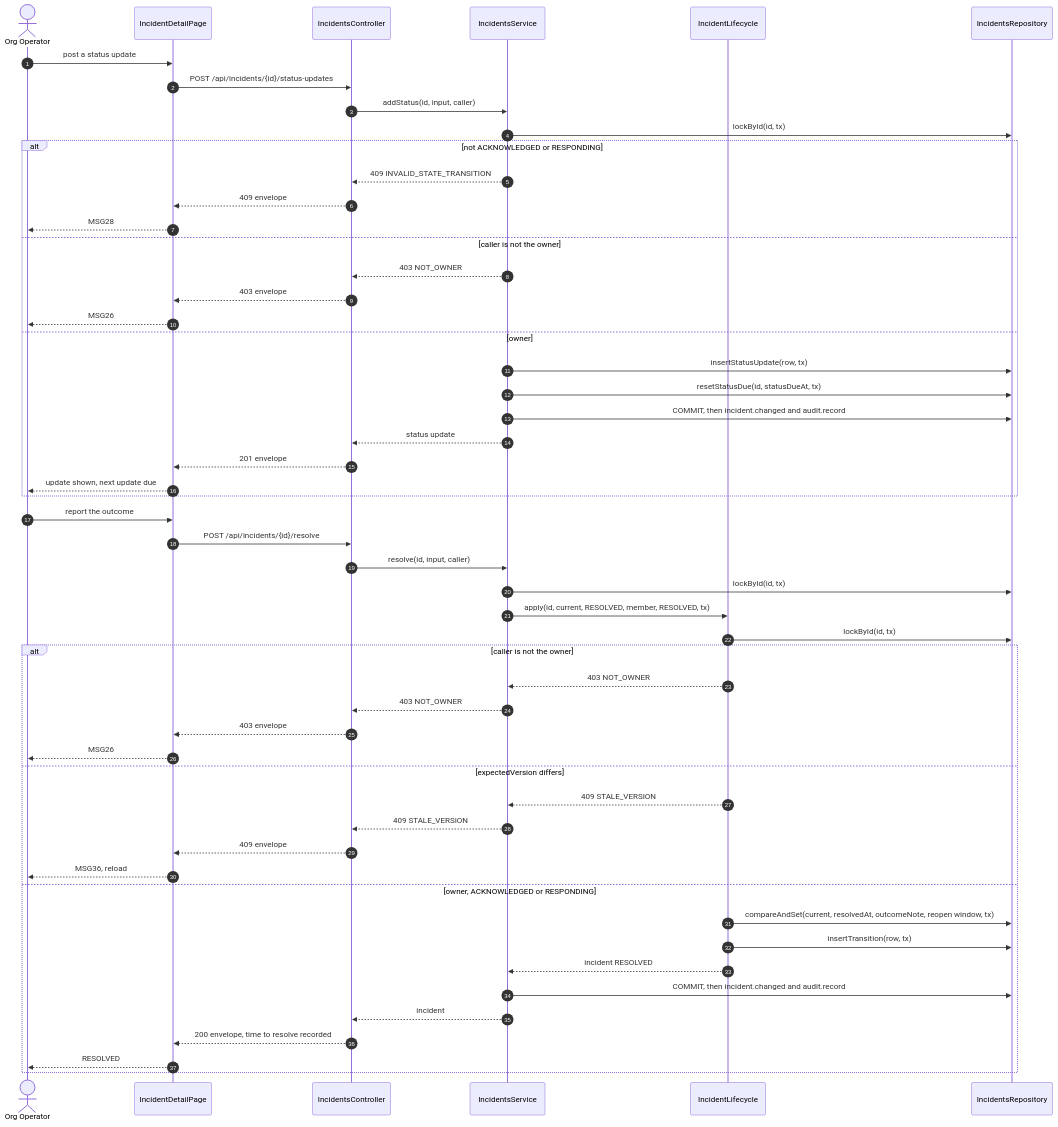
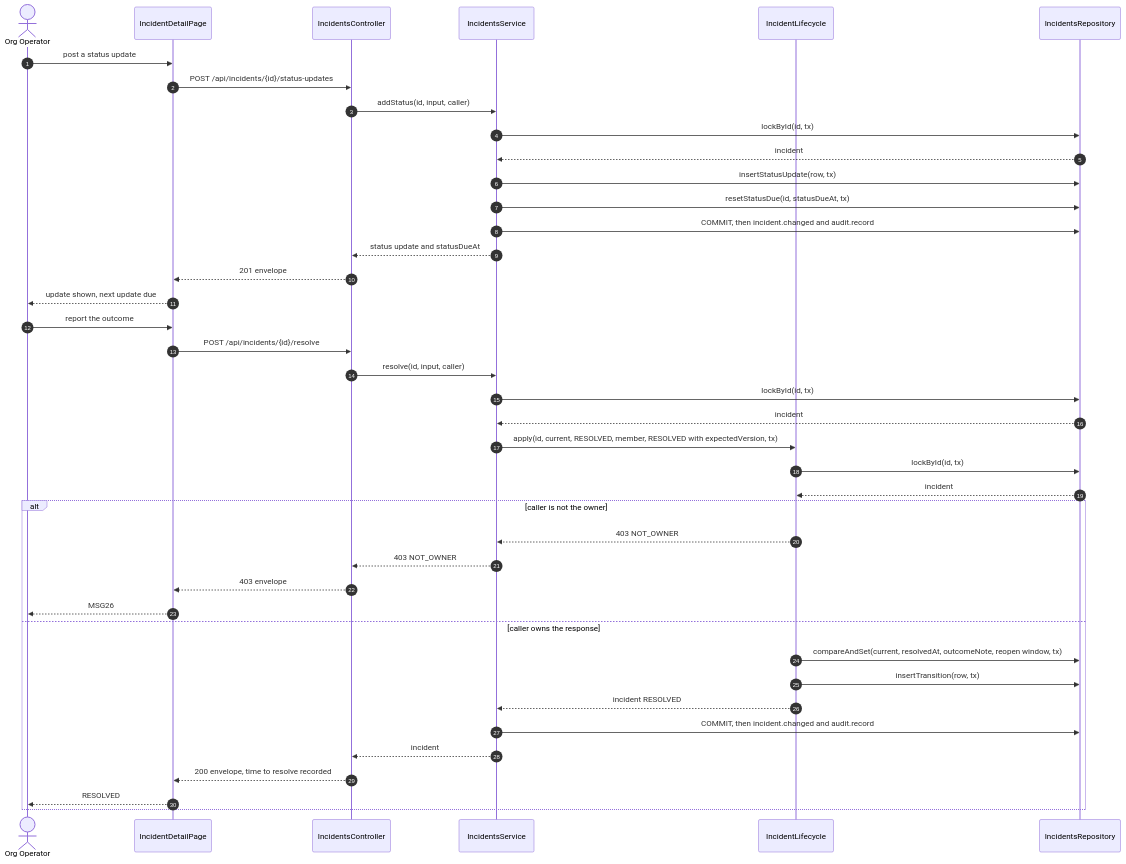
Before and after one commit to TrekLink-Team/treklink-web: the ninth of 10 diagrams in specs/incidents/design.md, drawn with Mermaid. The commit also changed other lines of this file and 8 other files, not shown here.

First line of the commit message:
docs: draw one alt per incidents sequence again

````diff
--- a/specs/incidents/design.md
+++ b/specs/incidents/design.md
@@ -546,55 +521,43 @@
 ```mermaid
 sequenceDiagram
     autonumber
     actor Op as Org Operator
     participant P as IncidentDetailPage
     participant C as IncidentsController
     participant S as IncidentsService
     participant L as IncidentLifecycle
     participant R as IncidentsRepository
     Op->>P: post a status update
     P->>C: POST /api/incidents/{id}/status-updates
     C->>S: addStatus(id, input, caller)
     S->>R: lockById(id, tx)
-    alt not ACKNOWLEDGED or RESPONDING
-        S-->>C: 409 INVALID_STATE_TRANSITION
-        C-->>P: 409 envelope
-        P-->>Op: MSG28
-    else caller is not the owner
-        S-->>C: 403 NOT_OWNER
-        C-->>P: 403 envelope
-        P-->>Op: MSG26
-    else owner
-        S->>R: insertStatusUpdate(row, tx)
-        S->>R: resetStatusDue(id, statusDueAt, tx)
-        S->>R: COMMIT, then incident.changed and audit.record
-        S-->>C: status update
-        C-->>P: 201 envelope
-        P-->>Op: update shown, next update due
-    end
+    R-->>S: incident
+    S->>R: insertStatusUpdate(row, tx)
+    S->>R: resetStatusDue(id, statusDueAt, tx)
+    S->>R: COMMIT, then incident.changed and audit.record
+    S-->>C: status update and statusDueAt
+    C-->>P: 201 envelope
+    P-->>Op: update shown, next update due
     Op->>P: report the outcome
     P->>C: POST /api/incidents/{id}/resolve
     C->>S: resolve(id, input, caller)
     S->>R: lockById(id, tx)
-    S->>L: apply(id, current, RESOLVED, member, RESOLVED, tx)
+    R-->>S: incident
+    S->>L: apply(id, current, RESOLVED, member, RESOLVED with expectedVersion, tx)
     L->>R: lockById(id, tx)
+    R-->>L: incident
     alt caller is not the owner
         L-->>S: 403 NOT_OWNER
         S-->>C: 403 NOT_OWNER
         C-->>P: 403 envelope
         P-->>Op: MSG26
-    else expectedVersion differs
-        L-->>S: 409 STALE_VERSION
-        S-->>C: 409 STALE_VERSION
-        C-->>P: 409 envelope
-        P-->>Op: MSG36, reload
-    else owner, ACKNOWLEDGED or RESPONDING
+    else caller owns the response
         L->>R: compareAndSet(current, resolvedAt, outcomeNote, reopen window, tx)
         L->>R: insertTransition(row, tx)
         L-->>S: incident RESOLVED
         S->>R: COMMIT, then incident.changed and audit.record
         S-->>C: incident
         C-->>P: 200 envelope, time to resolve recorded
         P-->>Op: RESOLVED
     end
 ```
````
